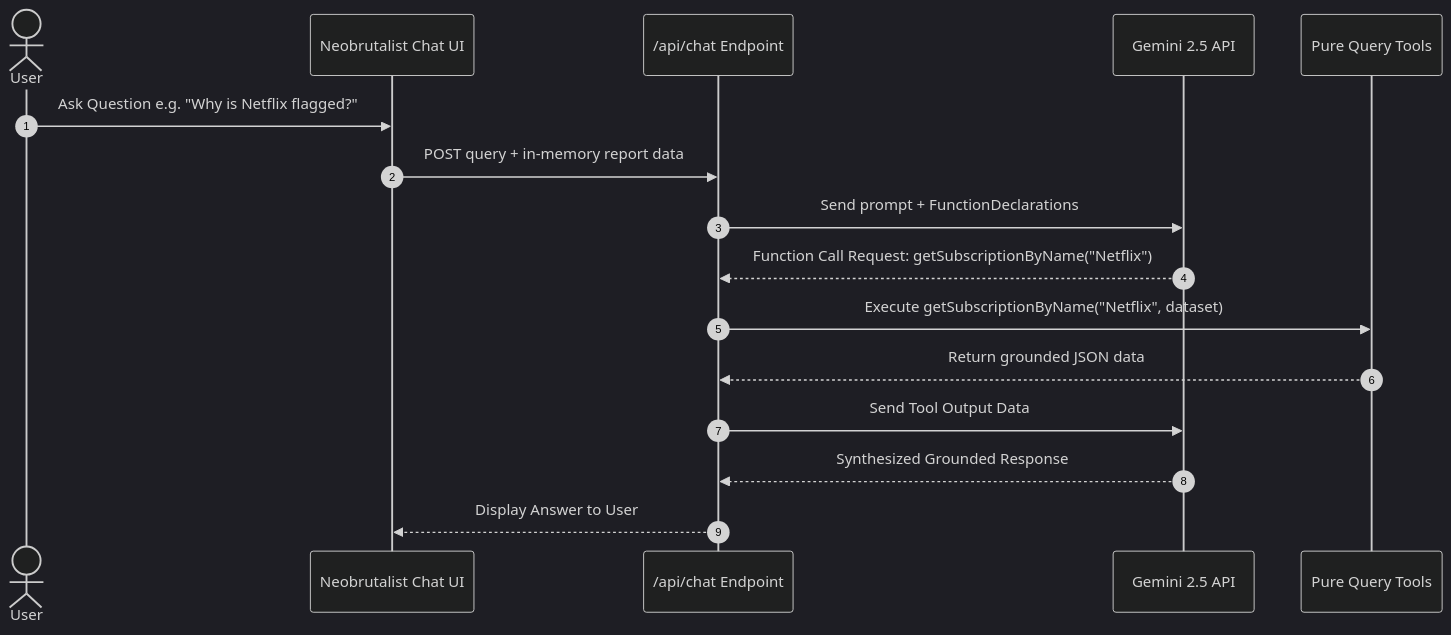
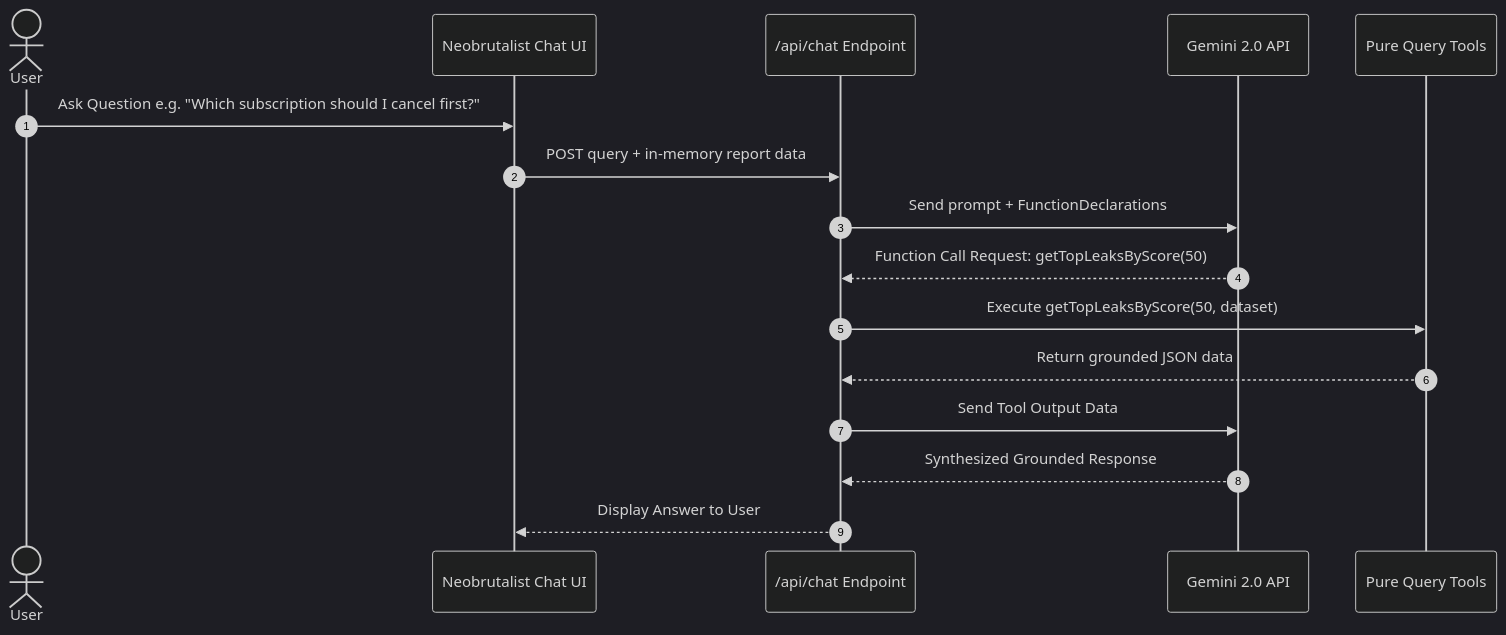
Before and after one commit to Destroyer795/subsense: the second of 3 diagrams in README.md, drawn with Mermaid (dark theme). The commit also changed other lines of this file and 2 other files, not shown here.

````diff
--- a/README.md
+++ b/README.md
@@ -76,19 +123,19 @@
 ```mermaid
 sequenceDiagram
     autonumber
     actor User
     participant ChatUI as Neobrutalist Chat UI
     participant Route as /api/chat Endpoint
-    participant Gemini as Gemini 2.5 API
+    participant Gemini as Gemini 2.0 API
     participant Tools as Pure Query Tools
 
-    User->>ChatUI: Ask Question e.g. "Why is Netflix flagged?"
+    User->>ChatUI: Ask Question e.g. "Which subscription should I cancel first?"
     ChatUI->>Route: POST query + in-memory report data
     Route->>Gemini: Send prompt + FunctionDeclarations
-    Gemini-->>Route: Function Call Request: getSubscriptionByName("Netflix")
-    Route->>Tools: Execute getSubscriptionByName("Netflix", dataset)
+    Gemini-->>Route: Function Call Request: getTopLeaksByScore(50)
+    Route->>Tools: Execute getTopLeaksByScore(50, dataset)
     Tools-->>Route: Return grounded JSON data
     Route->>Gemini: Send Tool Output Data
     Gemini-->>Route: Synthesized Grounded Response
     Route-->>ChatUI: Display Answer to User
 ```
````
